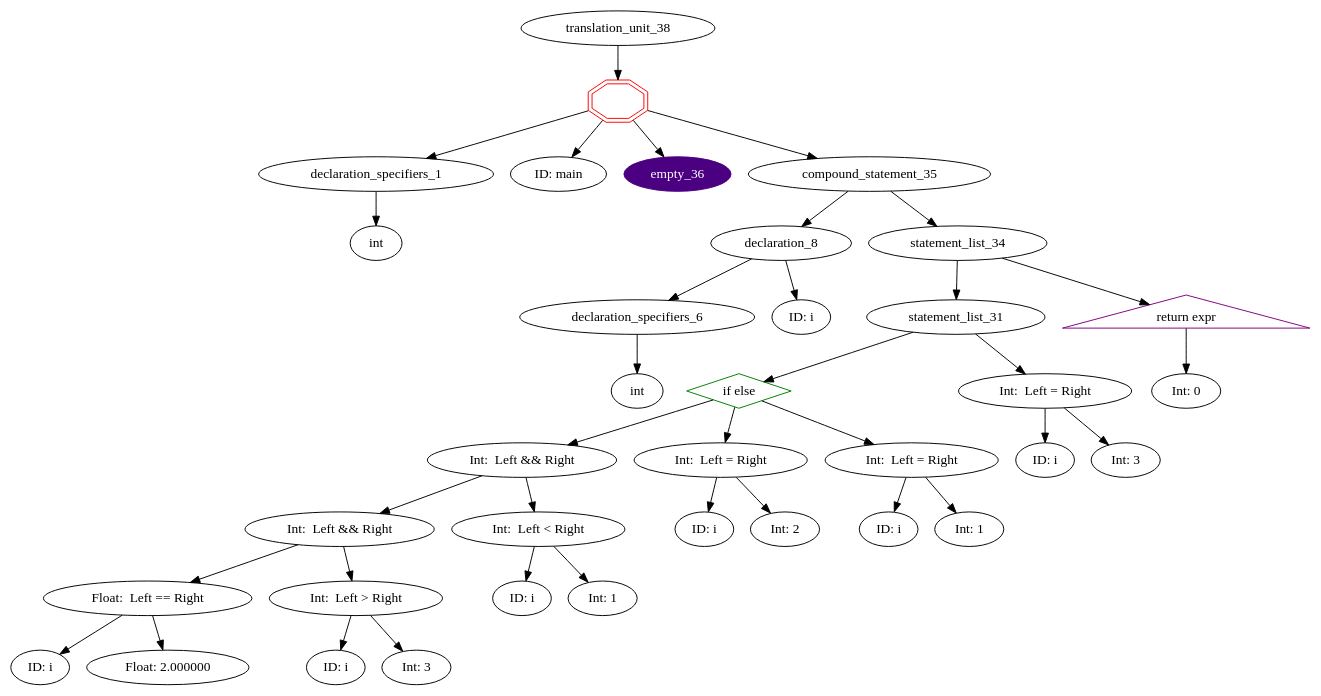
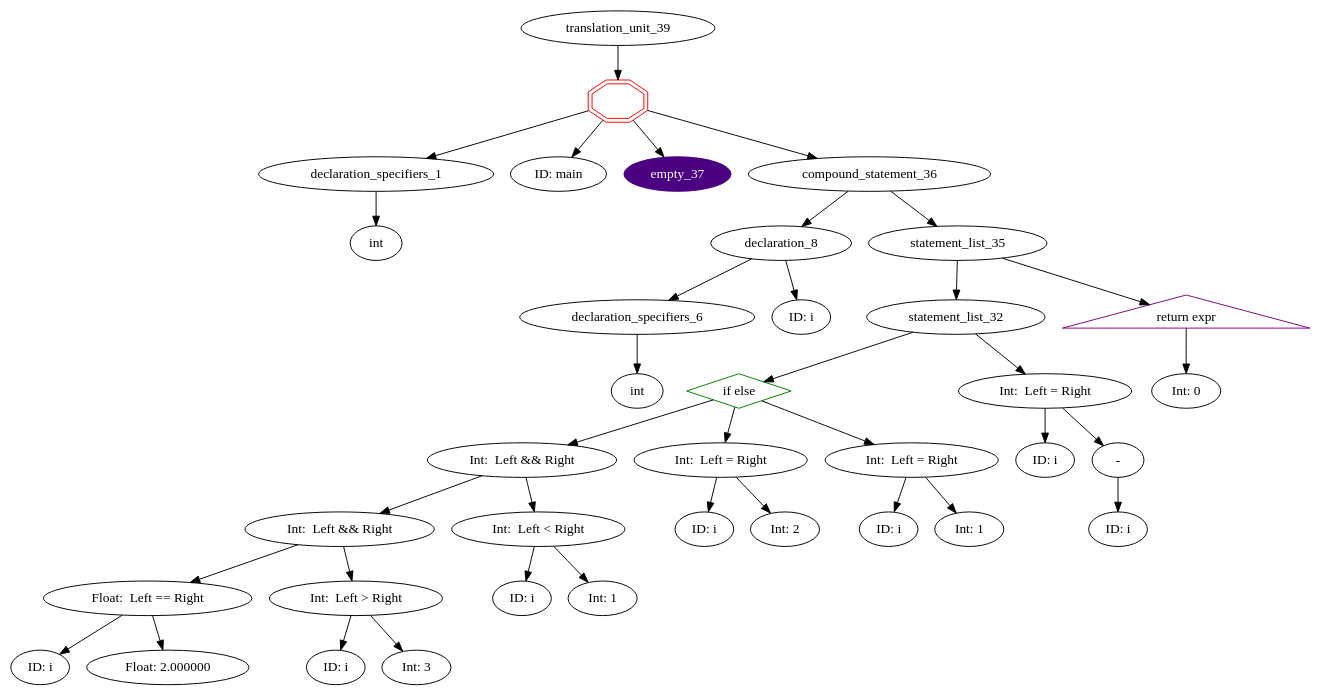
One commit to ahpalmerUNR/c_compiler changed the diagram in graphs/default.gv. Above: the diagram before and after it, drawn with Graphviz. The commit also changed 3 other files, not shown here.

```diff
--- a/graphs/default.gv
+++ b/graphs/default.gv
@@ -1,69 +1,71 @@
 digraph AST {
-	translation_unit_38 -> function_definition_37;
-	function_definition_37 [shape=doubleoctagon,color=red,label=""]
-	function_definition_37 -> declaration_specifiers_1;
+	translation_unit_39 -> function_definition_38;
+	function_definition_38 [shape=doubleoctagon,color=red,label=""]
+	function_definition_38 -> declaration_specifiers_1;
 	declaration_specifiers_1 [label="declaration_specifiers_1"]
 	declaration_specifiers_1 -> type_specifier_0;
 	type_specifier_0 [label="int"]
-	function_definition_37 -> identifier_2;
+	function_definition_38 -> identifier_2;
 	identifier_2 [label="ID: main"]
-	function_definition_37 -> empty_36;
-	empty_36 [style=filled,color=indigo,fontcolor=white]
-	function_definition_37 -> compound_statement_35;
-	compound_statement_35 -> declaration_8;
+	function_definition_38 -> empty_37;
+	empty_37 [style=filled,color=indigo,fontcolor=white]
+	function_definition_38 -> compound_statement_36;
+	compound_statement_36 -> declaration_8;
 	declaration_8 [label="declaration_8"]
 	declaration_8 -> declaration_specifiers_6;
 	declaration_specifiers_6 [label="declaration_specifiers_6"]
 	declaration_specifiers_6 -> type_specifier_5;
 	type_specifier_5 [label="int"]
 	declaration_8 -> identifier_7;
 	identifier_7 [label="ID: i"]
-	compound_statement_35 -> statement_list_34;
-	statement_list_34 -> statement_list_31;
-	statement_list_31 -> selection_statement_27;
+	compound_statement_36 -> statement_list_35;
+	statement_list_35 -> statement_list_32;
+	statement_list_32 -> selection_statement_27;
 	selection_statement_27 [shape=diamond,color=green,label="if else"]
 	selection_statement_27 -> conditional_expression_20;
 	conditional_expression_20 [label="Int:  Left && Right"]
 	conditional_expression_20 -> conditional_expression_16;
 	conditional_expression_16 [label="Int:  Left && Right"]
 	conditional_expression_16 -> equality_expression_11;
 	equality_expression_11 [label="Float:  Left == Right"]
 	equality_expression_11 -> identifier_9;
 	identifier_9 [label="ID: i"]
 	equality_expression_11 -> constant_10;
 	constant_10 [label="Float: 2.000000"]
 	conditional_expression_16 -> equality_expression_15;
 	equality_expression_15 [label="Int:  Left > Right"]
 	equality_expression_15 -> identifier_13;
 	identifier_13 [label="ID: i"]
 	equality_expression_15 -> constant_14;
 	constant_14 [label="Int: 3"]
 	conditional_expression_20 -> equality_expression_19;
 	equality_expression_19 [label="Int:  Left < Right"]
 	equality_expression_19 -> identifier_17;
 	identifier_17 [label="ID: i"]
 	equality_expression_19 -> constant_18;
 	constant_18 [label="Int: 1"]
 	selection_statement_27 -> assignment_expression_23;
 	assignment_expression_23 [label="Int:  Left = Right"]
 	assignment_expression_23 -> identifier_21;
 	identifier_21 [label="ID: i"]
 	assignment_expression_23 -> constant_22;
 	constant_22 [label="Int: 2"]
 	selection_statement_27 -> assignment_expression_26;
 	assignment_expression_26 [label="Int:  Left = Right"]
 	assignment_expression_26 -> identifier_24;
 	identifier_24 [label="ID: i"]
 	assignment_expression_26 -> constant_25;
 	constant_25 [label="Int: 1"]
-	statement_list_31 -> assignment_expression_30;
-	assignment_expression_30 [label="Int:  Left = Right"]
-	assignment_expression_30 -> identifier_28;
+	statement_list_32 -> assignment_expression_31;
+	assignment_expression_31 [label="Int:  Left = Right"]
+	assignment_expression_31 -> identifier_28;
 	identifier_28 [label="ID: i"]
-	assignment_expression_30 -> constant_29;
-	constant_29 [label="Int: 3"]
-	statement_list_34 -> jump_statement_33;
-	jump_statement_33 [shape = triangle,color=purple,label="return expr"]
-	jump_statement_33 -> constant_32;
-	constant_32 [label="Int: 0"]
+	assignment_expression_31 -> unary_operator_29;
+	unary_operator_29 [label="-"]
+	unary_operator_29 -> identifier_30;
+	identifier_30 [label="ID: i"]
+	statement_list_35 -> jump_statement_34;
+	jump_statement_34 [shape = triangle,color=purple,label="return expr"]
+	jump_statement_34 -> constant_33;
+	constant_33 [label="Int: 0"]
 }
```
